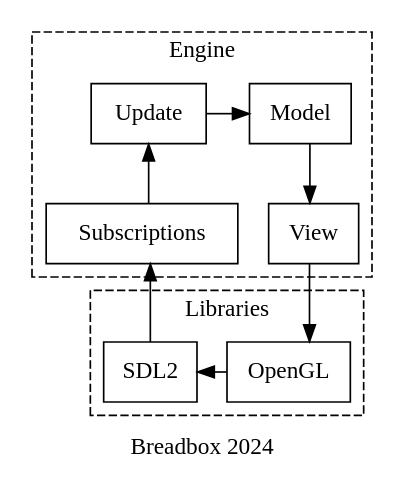
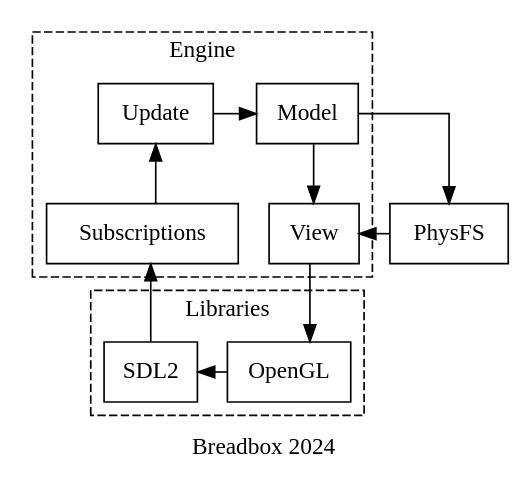
One commit to cbpudding/breadbox-r2 changed the diagram in design.gv. Above: the diagram before and after it, drawn with Graphviz. The commit also changed 8 other files, not shown here.

```diff
--- a/design.gv
+++ b/design.gv
@@ -1,37 +1,42 @@
 digraph {
     graph [splines=ortho]
     node [shape=box]
 
     label="Breadbox 2024"
 
     subgraph cluster_engine {
         label="Engine"
         style=dashed
 
         model [label="Model"]
         subscriptions [label="Subscriptions"]
         update [label="Update"]
         view [label="View"]
 
         {rank=same; update model}
         {rank=same; subscriptions view}
 
         subscriptions -> update -> model -> view
     }
     
     subgraph cluster_libraries {
         label="Libraries"
         style=dashed
 
         opengl [label="OpenGL"]
+        physfs [label="PhysFS"]
         sdl2 [label="SDL2"]
 
         {rank=same; opengl sdl2}
 
         opengl -> sdl2
     }
 
+    {rank=same; physfs}
+
+    model -> physfs -> view
+
     sdl2 -> subscriptions
 
     view -> opengl
 }
```
